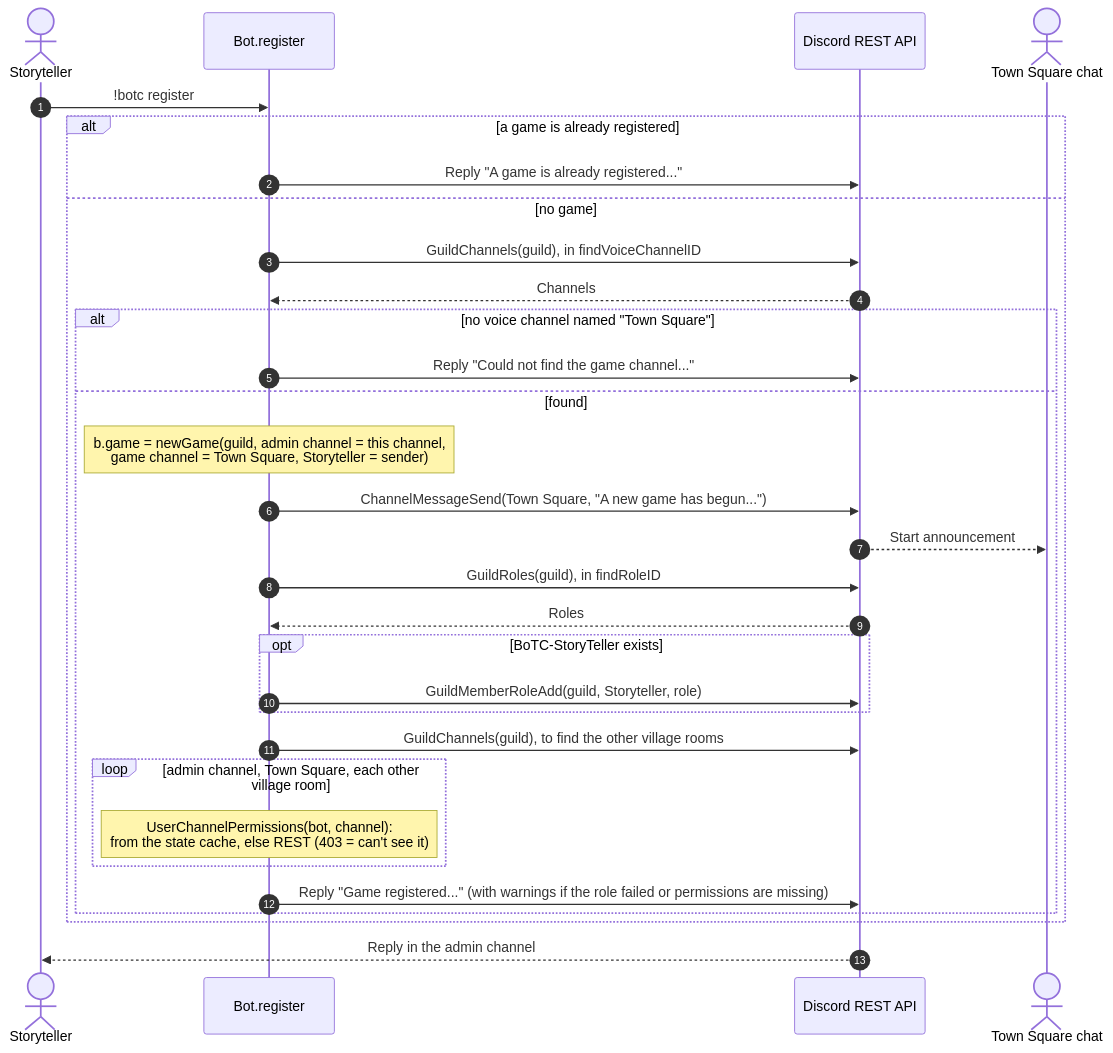
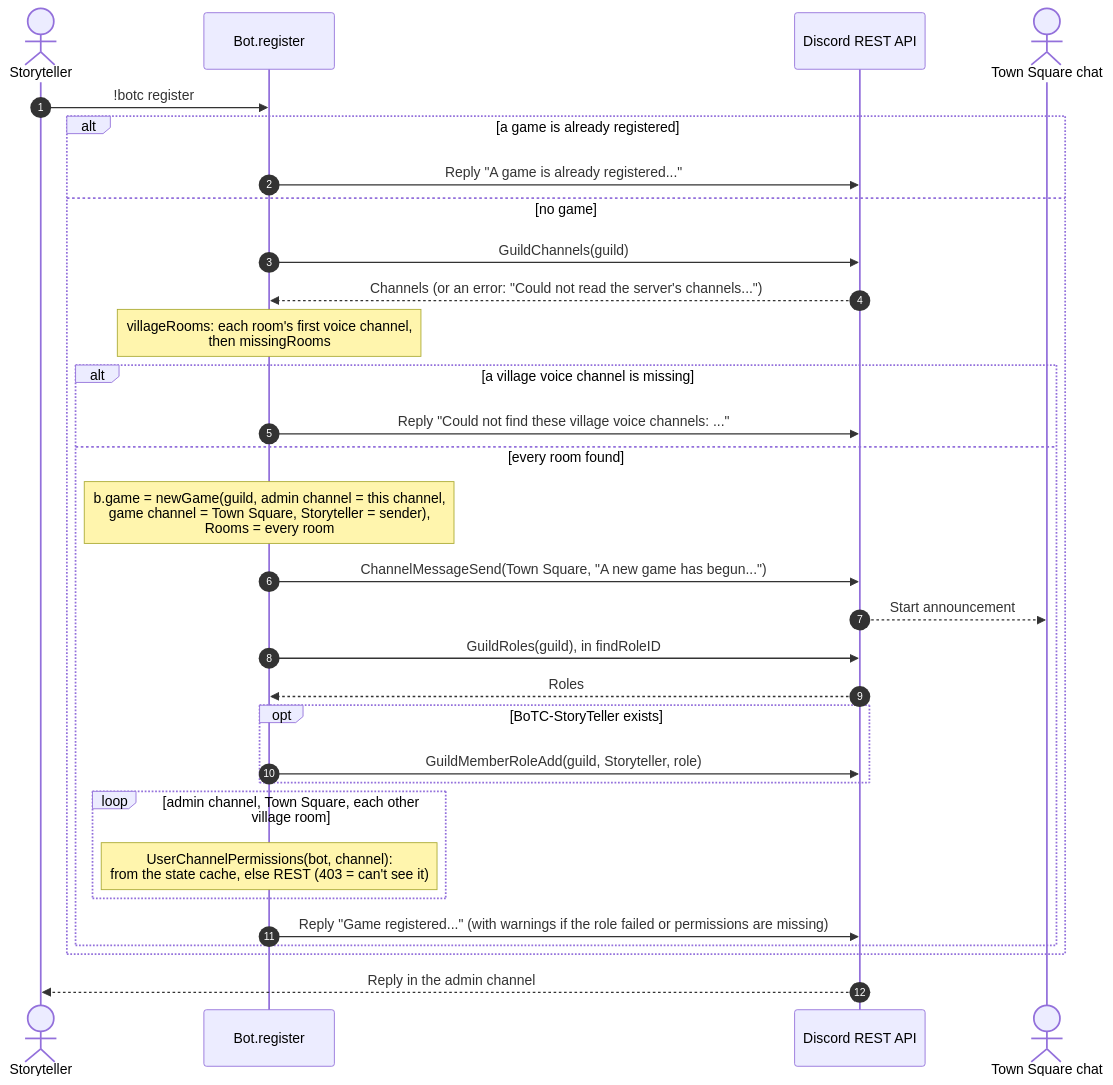
Before and after one commit to RAGNOARAKNOS/BotOnTheClocktower: the second of 5 diagrams in docs/uml/game-lifecycle.md, drawn with Mermaid. The commit also changed other lines of this file and 21 other files, not shown here.

````diff
--- a/docs/uml/game-lifecycle.md
+++ b/docs/uml/game-lifecycle.md
@@ -41,34 +45,34 @@
 ```mermaid
 sequenceDiagram
     autonumber
     actor ST as Storyteller
     participant Bot as Bot.register
     participant REST as Discord REST API
     actor Town as Town Square chat
 
     ST->>Bot: !botc register
     alt a game is already registered
         Bot->>REST: Reply "A game is already registered..."
     else no game
-        Bot->>REST: GuildChannels(guild), in findVoiceChannelID
-        REST-->>Bot: Channels
-        alt no voice channel named "Town Square"
-            Bot->>REST: Reply "Could not find the game channel..."
-        else found
-            Note over Bot: b.game = newGame(guild, admin channel = this channel,<br/>game channel = Town Square, Storyteller = sender)
+        Bot->>REST: GuildChannels(guild)
+        REST-->>Bot: Channels (or an error: "Could not read the server's channels...")
+        Note over Bot: villageRooms: each room's first voice channel,<br/>then missingRooms
+        alt a village voice channel is missing
+            Bot->>REST: Reply "Could not find these village voice channels: ..."
+        else every room found
+            Note over Bot: b.game = newGame(guild, admin channel = this channel,<br/>game channel = Town Square, Storyteller = sender),<br/>Rooms = every room
             Bot->>REST: ChannelMessageSend(Town Square, "A new game has begun...")
             REST-->>Town: Start announcement
             Bot->>REST: GuildRoles(guild), in findRoleID
             REST-->>Bot: Roles
             opt BoTC-StoryTeller exists
                 Bot->>REST: GuildMemberRoleAdd(guild, Storyteller, role)
             end
-            Bot->>REST: GuildChannels(guild), to find the other village rooms
             loop admin channel, Town Square, each other village room
                 Note over Bot: UserChannelPermissions(bot, channel):<br/>from the state cache, else REST (403 = can't see it)
             end
             Bot->>REST: Reply "Game registered..." (with warnings if the role failed or permissions are missing)
         end
     end
     REST-->>ST: Reply in the admin channel
 ```
````
